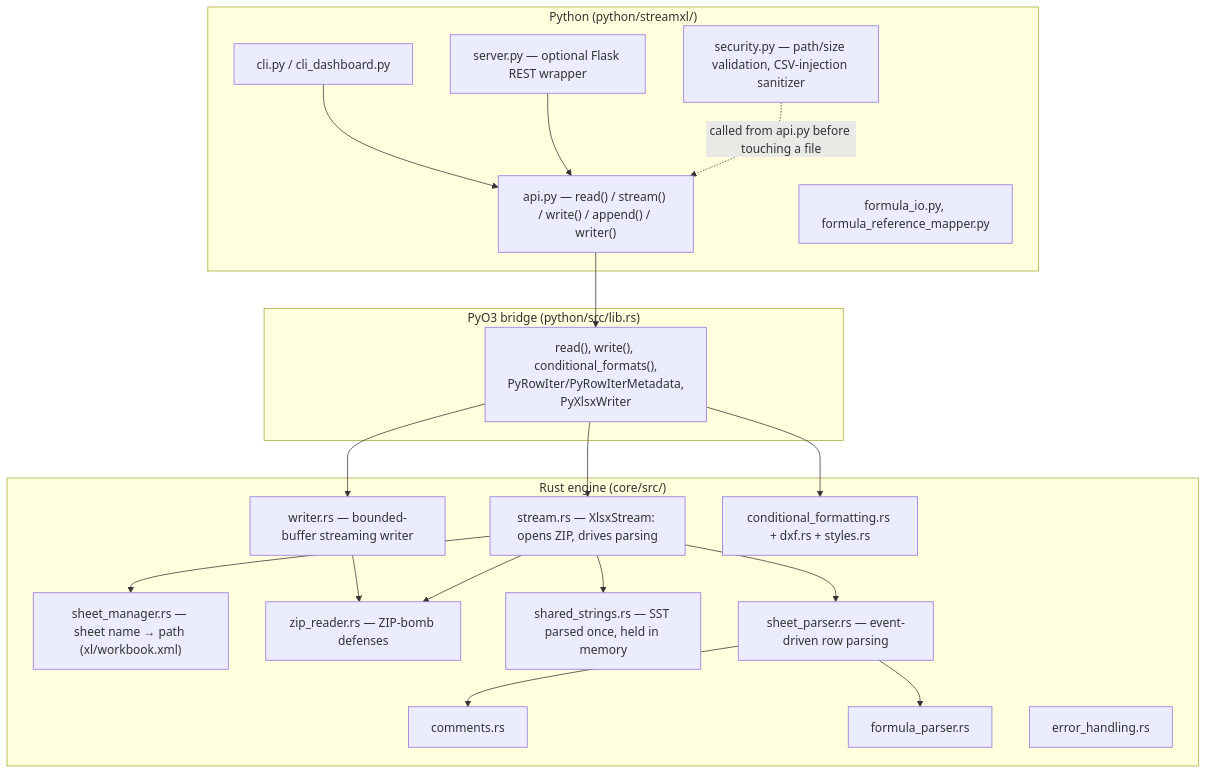
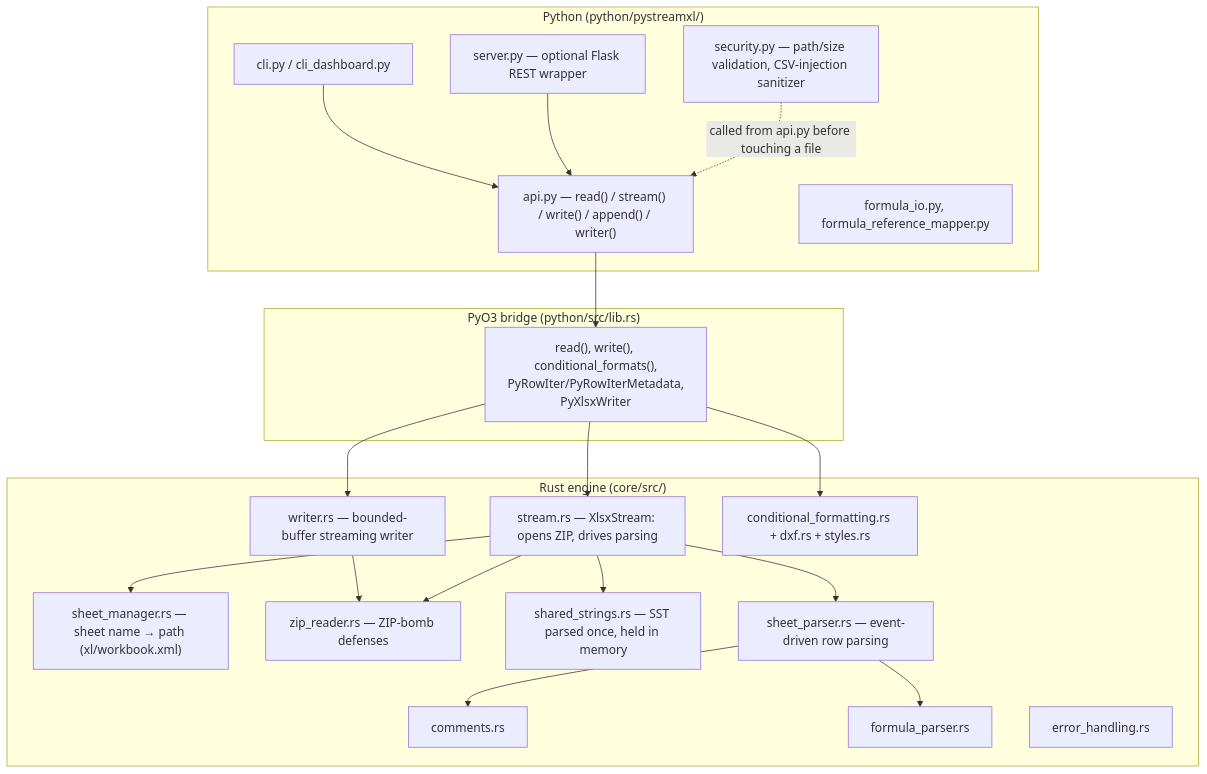
The diagram in docs/architecture/README.md (Mullassery/PyStreamXL), drawn with Mermaid before and after one commit. The commit also changed other lines of this file and 50 other files, not shown here.

````diff
--- a/docs/architecture/README.md
+++ b/docs/architecture/README.md
@@ -9,42 +9,42 @@
 ```mermaid
 flowchart TD
-    subgraph Python["Python (python/streamxl/)"]
+    subgraph Python["Python (python/pystreamxl/)"]
         API["api.py — read() / stream() / write() / append() / writer()"]
         SEC["security.py — path/size validation, CSV-injection sanitizer"]
         FIO["formula_io.py, formula_reference_mapper.py"]
         SRV["server.py — optional Flask REST wrapper"]
         CLI["cli.py / cli_dashboard.py"]
     end
 
     subgraph Bridge["PyO3 bridge (python/src/lib.rs)"]
         PYBIND["read(), write(), conditional_formats(),\nPyRowIter/PyRowIterMetadata,\nPyXlsxWriter"]
     end
 
     subgraph Core["Rust engine (core/src/)"]
         STREAM["stream.rs — XlsxStream: opens ZIP, drives parsing"]
         SHEETMGR["sheet_manager.rs — sheet name → path (xl/workbook.xml)"]
         ZIP["zip_reader.rs — ZIP-bomb defenses"]
         SST["shared_strings.rs — SST parsed once, held in memory"]
         PARSER["sheet_parser.rs — event-driven row parsing"]
         WRITER["writer.rs — bounded-buffer streaming writer"]
         COMMENTS["comments.rs"]
         CF["conditional_formatting.rs + dxf.rs + styles.rs"]
         FORMULA["formula_parser.rs"]
         ERR["error_handling.rs"]
     end
 
     API --> PYBIND
     SEC -.->|"called from api.py before touching a file"| API
     SRV --> API
     CLI --> API
     PYBIND --> STREAM
     PYBIND --> WRITER
     PYBIND --> CF
     STREAM --> SHEETMGR
     STREAM --> ZIP
     STREAM --> SST
     STREAM --> PARSER
     PARSER --> COMMENTS
     PARSER --> FORMULA
     WRITER --> ZIP
 ```
````
